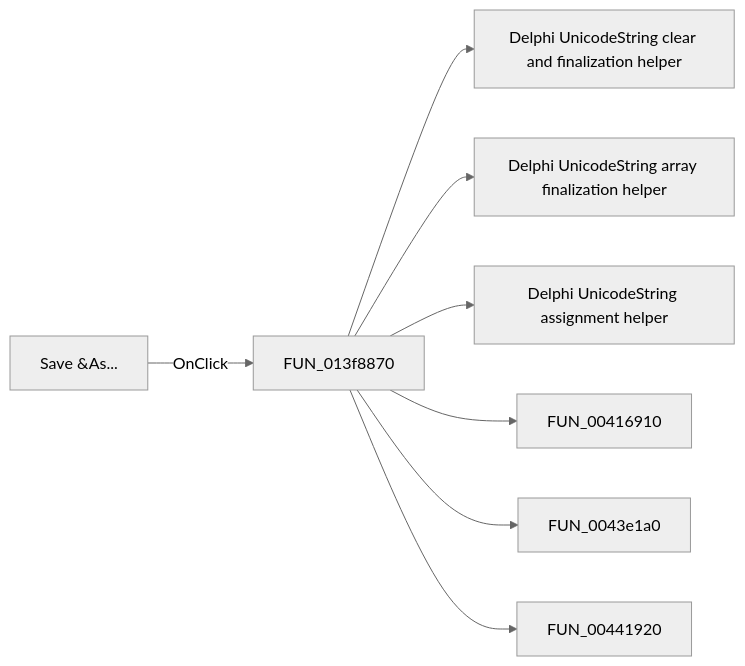
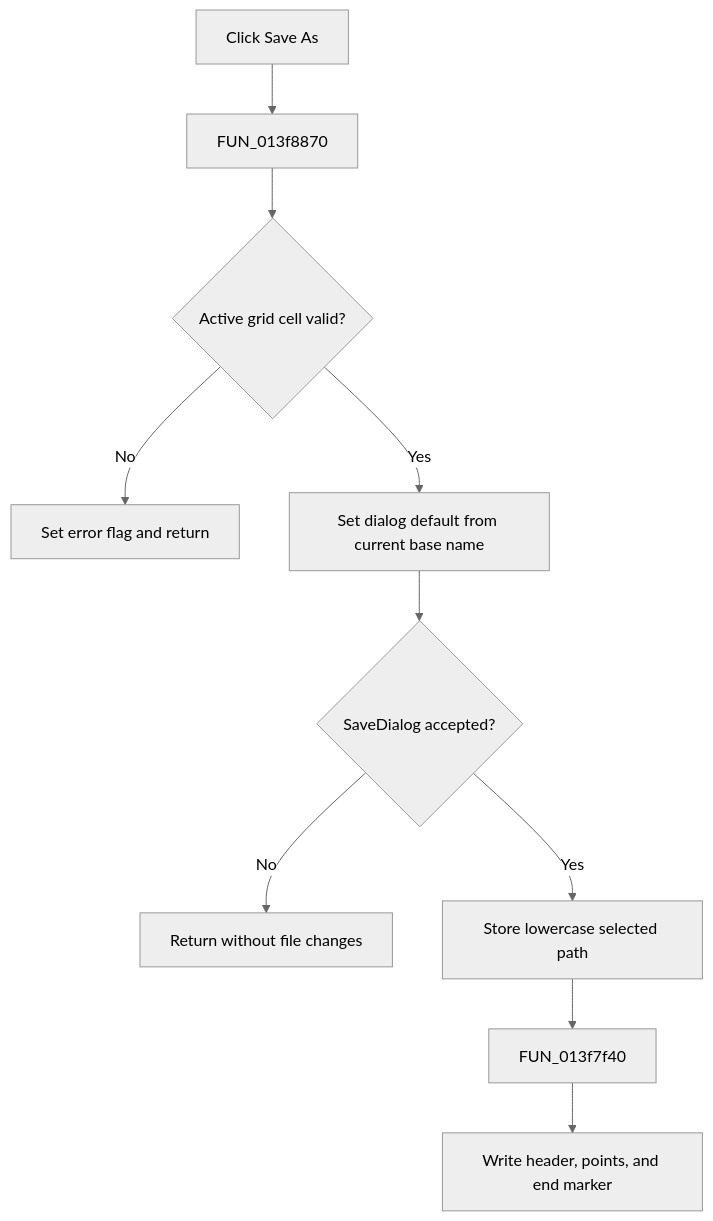
The diagram in docs/ui-controls/psgform/saveas-3aecae8cab.md (MovGP0/TIARA), drawn with Mermaid (neutral theme) before and after one commit. The commit also changed other lines of this file and 1062 other files, not shown here.

````diff
--- a/docs/ui-controls/psgform/saveas-3aecae8cab.md
+++ b/docs/ui-controls/psgform/saveas-3aecae8cab.md
@@ -27,10 +31,12 @@
 ```mermaid
-flowchart LR
-    control["Save &As..."] -->|OnClick| handler["FUN_013f8870"]
-    handler --> call1["Delphi UnicodeString clear and finalization helper"]
-    handler --> call2["Delphi UnicodeString array finalization helper"]
-    handler --> call3["Delphi UnicodeString assignment helper"]
-    handler --> call4["FUN_00416910"]
-    handler --> call5["FUN_0043e1a0"]
-    handler --> call6["FUN_00441920"]
+flowchart TD
+    Click["Click Save As"] --> Handler["FUN_013f8870"]
+    Handler --> Grid{"Active grid cell valid?"}
+    Grid -->|No| Stop["Set error flag and return"]
+    Grid -->|Yes| Default["Set dialog default from current base name"]
+    Default --> Dialog{"SaveDialog accepted?"}
+    Dialog -->|No| NoOp["Return without file changes"]
+    Dialog -->|Yes| Path["Store lowercase selected path"]
+    Path --> Writer["FUN_013f7f40"]
+    Writer --> File["Write header, points, and end marker"]
 ```
````
